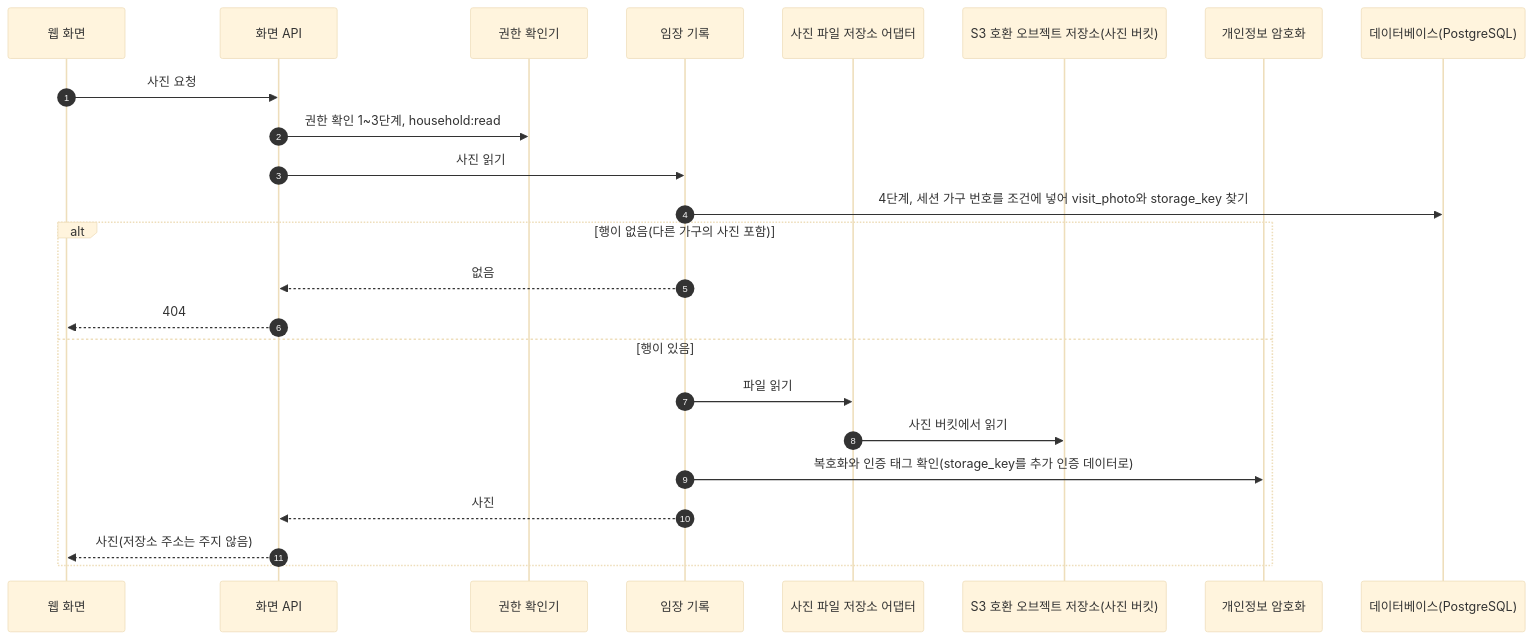
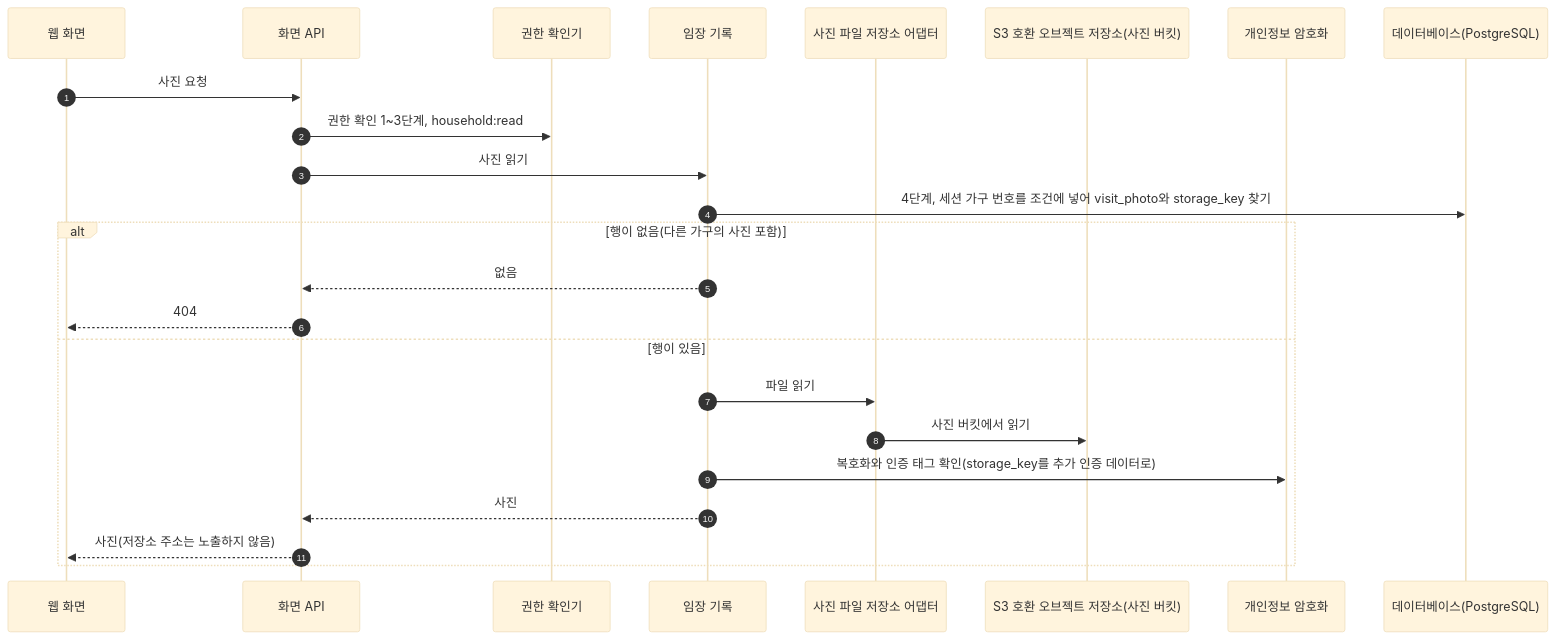
Before and after one commit to Park-Seung-Hun/real-estate: the seventh of 12 diagrams in docs/architecture/flows.md, drawn with Mermaid (base theme). The commit also changed other lines of this file and 22 other files, not shown here.

````diff
--- a/docs/architecture/flows.md
+++ b/docs/architecture/flows.md
@@ -368,27 +376,27 @@
 ```mermaid
 sequenceDiagram
   autonumber
   participant web as 웹 화면
   participant api as 화면 API
   participant authz as 권한 확인기
   participant visit as 임장 기록
   participant photoAd as 사진 파일 저장소 어댑터
   participant s3 as S3 호환 오브젝트 저장소(사진 버킷)
   participant crypto as 개인정보 암호화
   participant db as 데이터베이스(PostgreSQL)
 
   web->>api: 사진 요청
   api->>authz: 권한 확인 1~3단계, household:read
   api->>visit: 사진 읽기
   visit->>db: 4단계, 세션 가구 번호를 조건에 넣어 visit_photo와 storage_key 찾기
   alt 행이 없음(다른 가구의 사진 포함)
     visit-->>api: 없음
     api-->>web: 404
   else 행이 있음
     visit->>photoAd: 파일 읽기
     photoAd->>s3: 사진 버킷에서 읽기
     visit->>crypto: 복호화와 인증 태그 확인(storage_key를 추가 인증 데이터로)
     visit-->>api: 사진
-    api-->>web: 사진(저장소 주소는 주지 않음)
+    api-->>web: 사진(저장소 주소는 노출하지 않음)
   end
 ```
````
